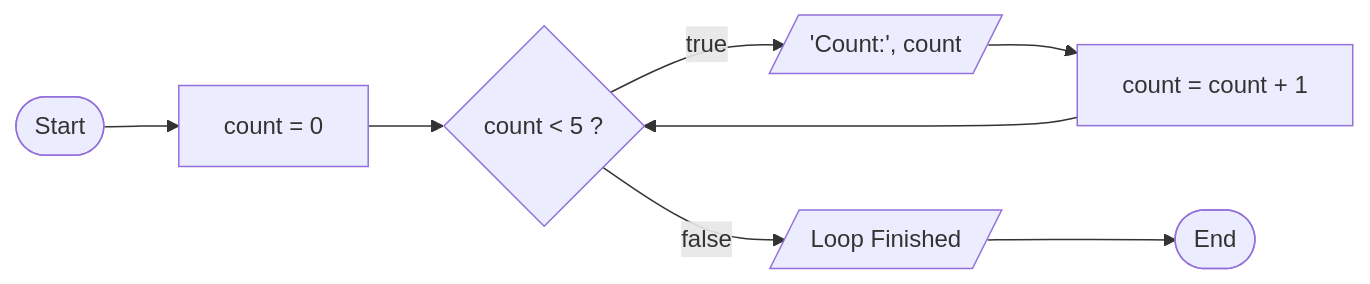
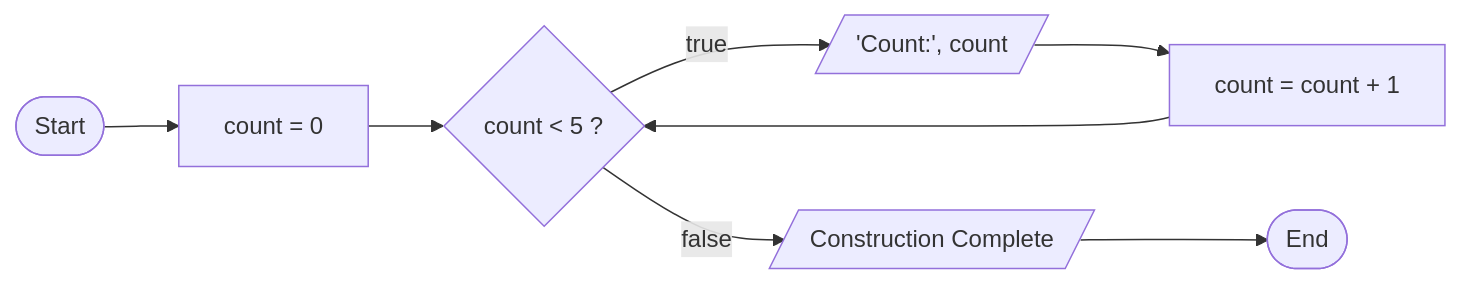
The sixth of 9 diagrams in JS Basics.md (afzalimdad9/JS-Notes), drawn with Mermaid before and after one commit. The commit also changed other lines of this file and 2 other files, not shown here.

````diff
--- a/JS Basics.md
+++ b/JS Basics.md
@@ -960,10 +927,10 @@
-   ```mermaid
-   graph LR
-   A([Start]) --> B[count = 0]
-   B--> C{count < 5 ?}
-   C -->|true| D[/'Count:', count/]
-   C -->|false| E[/Loop Finished/]
-   D --> F[count = count + 1]
-   F --> C
-   E --> G([End])
-   ```
+```mermaid
+graph LR
+A([Start]) --> B[count = 0]
+B--> C{count < 5 ?}
+C -->|true| D[/'Count:', count/]
+C -->|false| E[/Construction Complete/]
+D --> F[count = count + 1]
+F --> C
+E --> G([End])
+```
````
